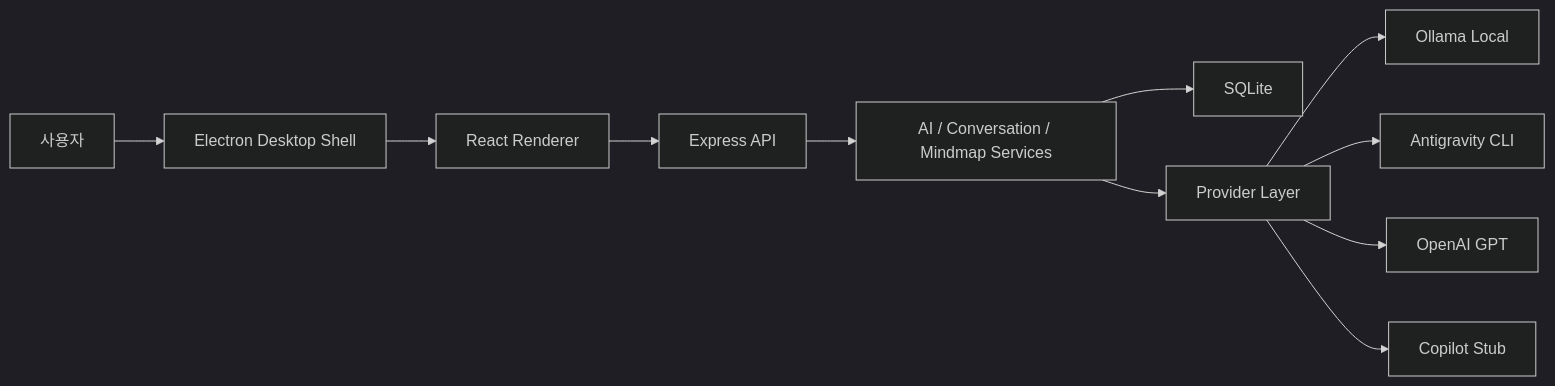
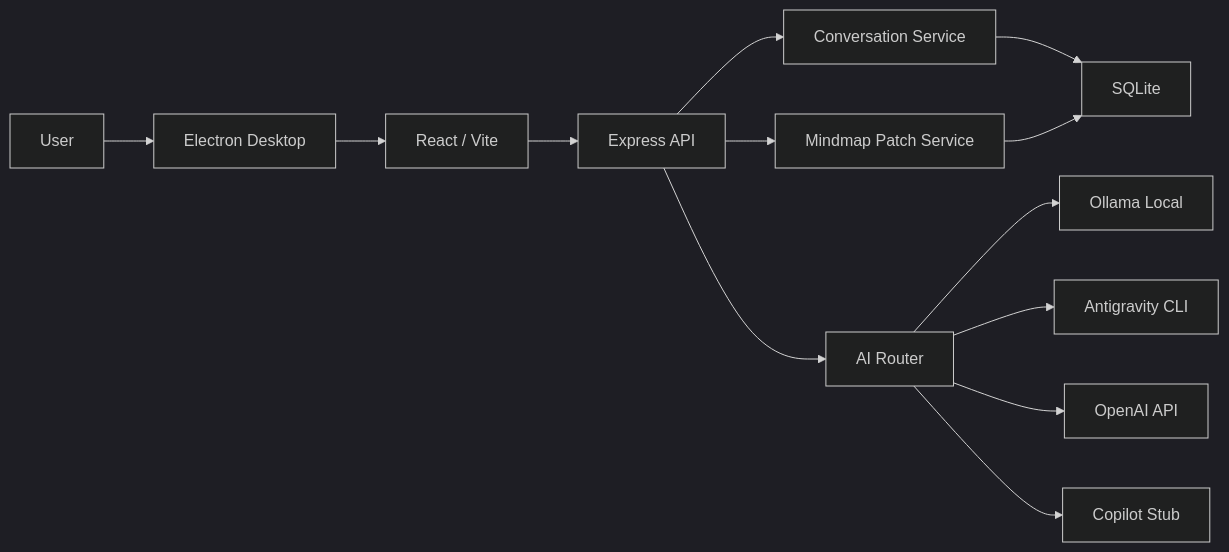
Before and after one commit to yungi0816/role-ai-brainstorm-workspace: the diagram in README.md, drawn with Mermaid (dark theme). The commit also changed other lines of this file and 1 other file, not shown here.

````diff
--- a/README.md
+++ b/README.md
@@ -48,13 +43,15 @@
 ```mermaid
 flowchart LR
-    User["사용자"] --> Electron["Electron Desktop Shell"]
-    Electron --> React["React Renderer"]
-    React --> API["Express API"]
-    API --> Services["AI / Conversation / Mindmap Services"]
-    Services --> SQLite["SQLite"]
-    Services --> Providers["Provider Layer"]
-    Providers --> Ollama["Ollama Local"]
-    Providers --> Antigravity["Antigravity CLI"]
-    Providers --> OpenAI["OpenAI GPT"]
-    Providers --> Copilot["Copilot Stub"]
+    User["User"] --> Desktop["Electron Desktop"]
+    Desktop --> Frontend["React / Vite"]
+    Frontend --> API["Express API"]
+    API --> Conversation["Conversation Service"]
+    API --> Router["AI Router"]
+    API --> Mindmap["Mindmap Patch Service"]
+    Conversation --> SQLite["SQLite"]
+    Mindmap --> SQLite
+    Router --> Ollama["Ollama Local"]
+    Router --> Antigravity["Antigravity CLI"]
+    Router --> OpenAI["OpenAI API"]
+    Router --> Copilot["Copilot Stub"]
 ```
````
